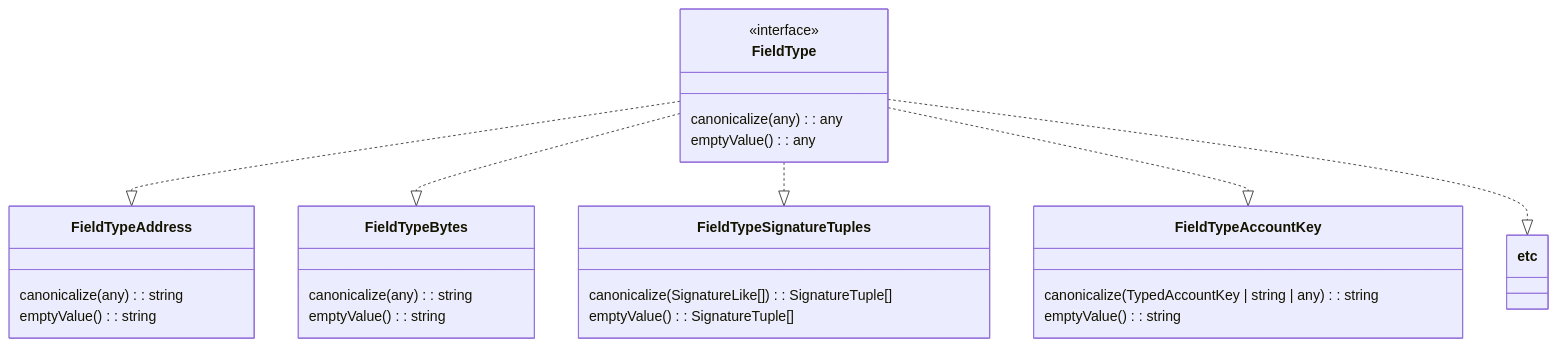
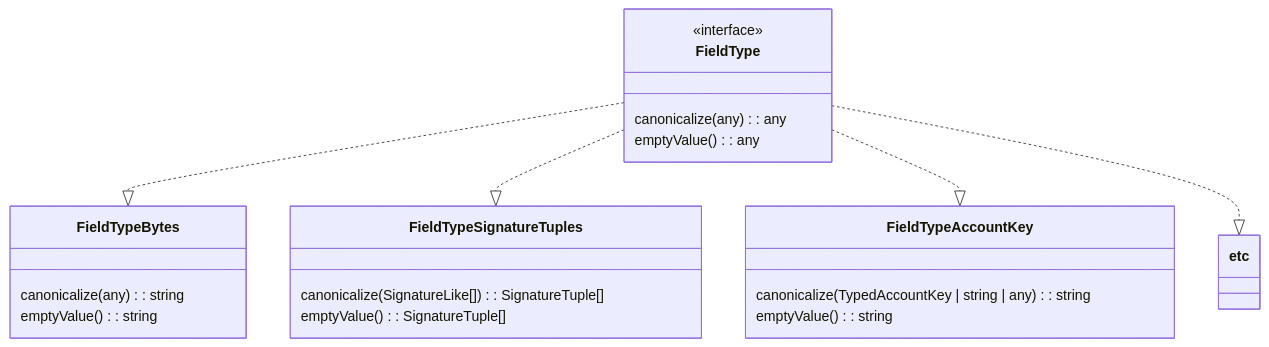
One commit to blukat29/klaytn-sdk-design changed the first of 4 diagrams in README.md. Above: the diagram before and after it, drawn with Mermaid. The commit also changed 2 other files, not shown here.

Commit message:
Update annotation

````diff
--- a/README.md
+++ b/README.md
@@ -38,29 +38,24 @@
 ```mermaid
 classDiagram
-  FieldType ..|> FieldTypeAddress
   FieldType ..|> FieldTypeBytes
   FieldType ..|> FieldTypeSignatureTuples
   FieldType ..|> FieldTypeAccountKey
   FieldType ..|> etc
   class FieldType {
     <<interface>> 
     canonicalize(any): any
     emptyValue(): any
-  }
-  class FieldTypeAddress {
-    canonicalize(any): string
-    emptyValue(): string
   }
   class FieldTypeBytes {
     canonicalize(any): string
     emptyValue(): string
   }
   class FieldTypeSignatureTuples {
     canonicalize( SignatureLike[]): SignatureTuple[]
     emptyValue(): SignatureTuple[]
   }
   class FieldTypeAccountKey {
     canonicalize(TypedAccountKey | string | any): string
     emptyValue(): string
   }
 ```
````
